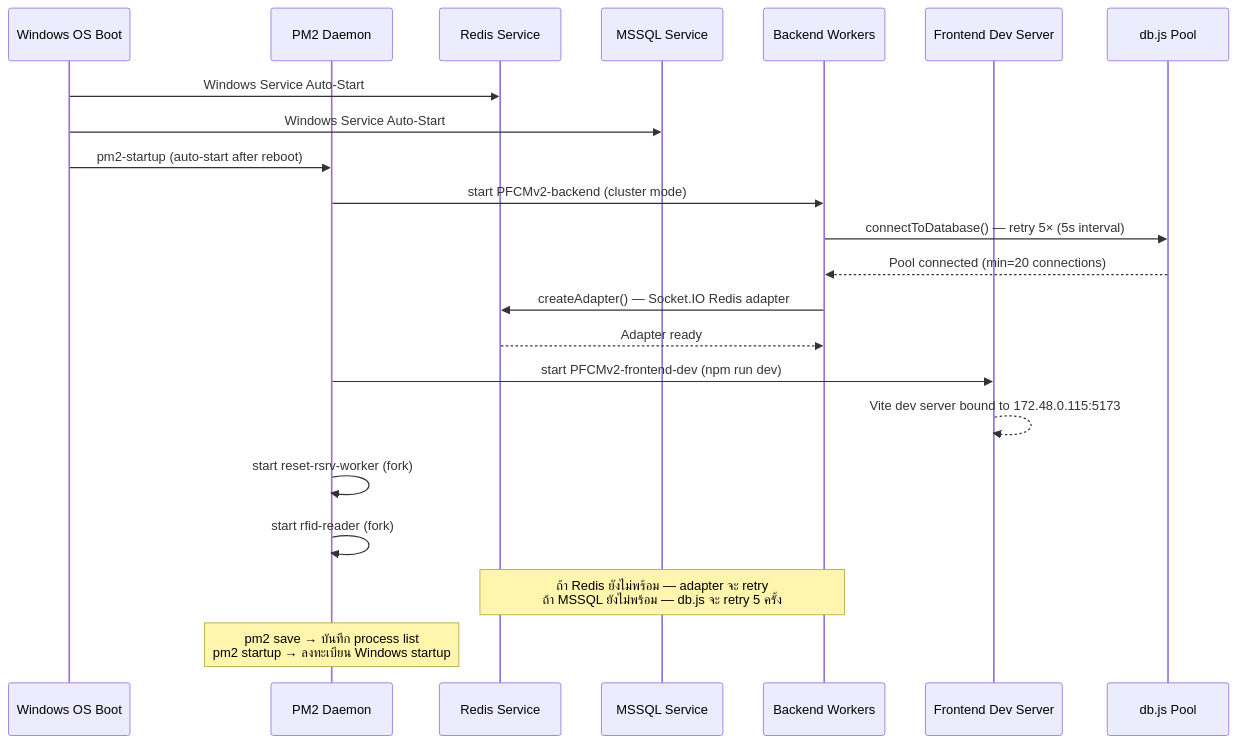
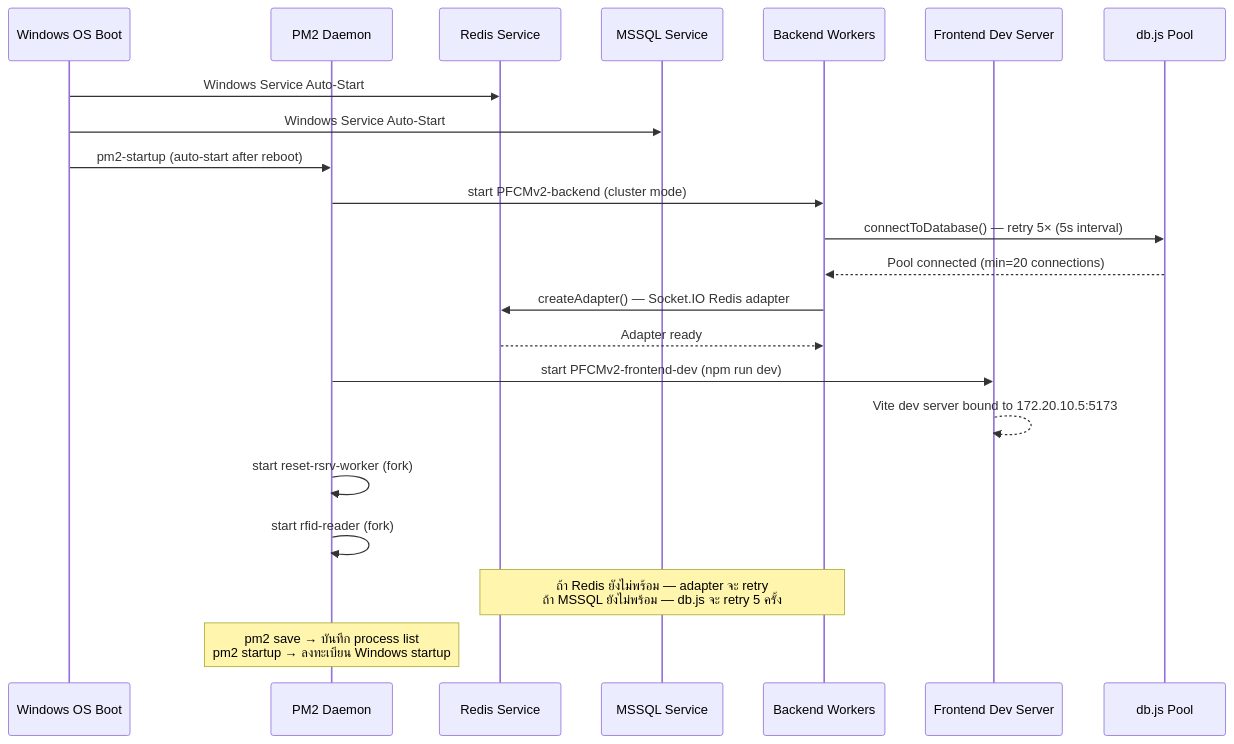
Before and after one commit to TUAPUAN-CODE/DelayHUB: the third of 18 diagrams in flow.md, drawn with Mermaid. The commit also changed other lines of this file and 37 other files, not shown here.

````diff
--- a/flow.md
+++ b/flow.md
@@ -153,26 +153,26 @@
 ```mermaid
 sequenceDiagram
     participant OS as Windows OS Boot
     participant PM2 as PM2 Daemon
     participant REDIS as Redis Service
     participant MSSQL as MSSQL Service
     participant BE as Backend Workers
     participant FE as Frontend Dev Server
     participant DB as db.js Pool
 
     OS->>REDIS: Windows Service Auto-Start
     OS->>MSSQL: Windows Service Auto-Start
     OS->>PM2: pm2-startup (auto-start after reboot)
     PM2->>BE: start PFCMv2-backend (cluster mode)
     BE->>DB: connectToDatabase() — retry 5× (5s interval)
     DB-->>BE: Pool connected (min=20 connections)
     BE->>REDIS: createAdapter() — Socket.IO Redis adapter
     REDIS-->>BE: Adapter ready
     PM2->>FE: start PFCMv2-frontend-dev (npm run dev)
-    FE-->>FE: Vite dev server bound to 172.48.0.115:5173
+    FE-->>FE: Vite dev server bound to 172.20.10.5:5173
     PM2->>PM2: start reset-rsrv-worker (fork)
     PM2->>PM2: start rfid-reader (fork)
 
     Note over BE,REDIS: ถ้า Redis ยังไม่พร้อม — adapter จะ retry<br/>ถ้า MSSQL ยังไม่พร้อม — db.js จะ retry 5 ครั้ง
     Note over PM2: pm2 save → บันทึก process list<br/>pm2 startup → ลงทะเบียน Windows startup
 ```
````
